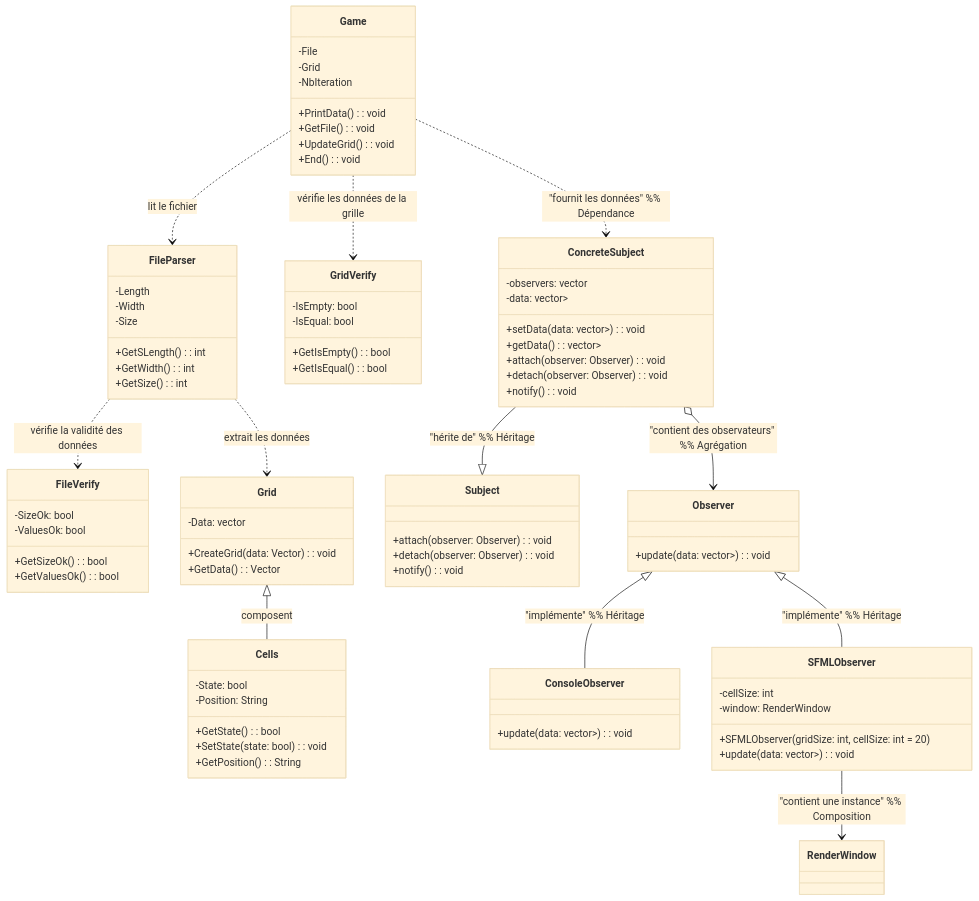
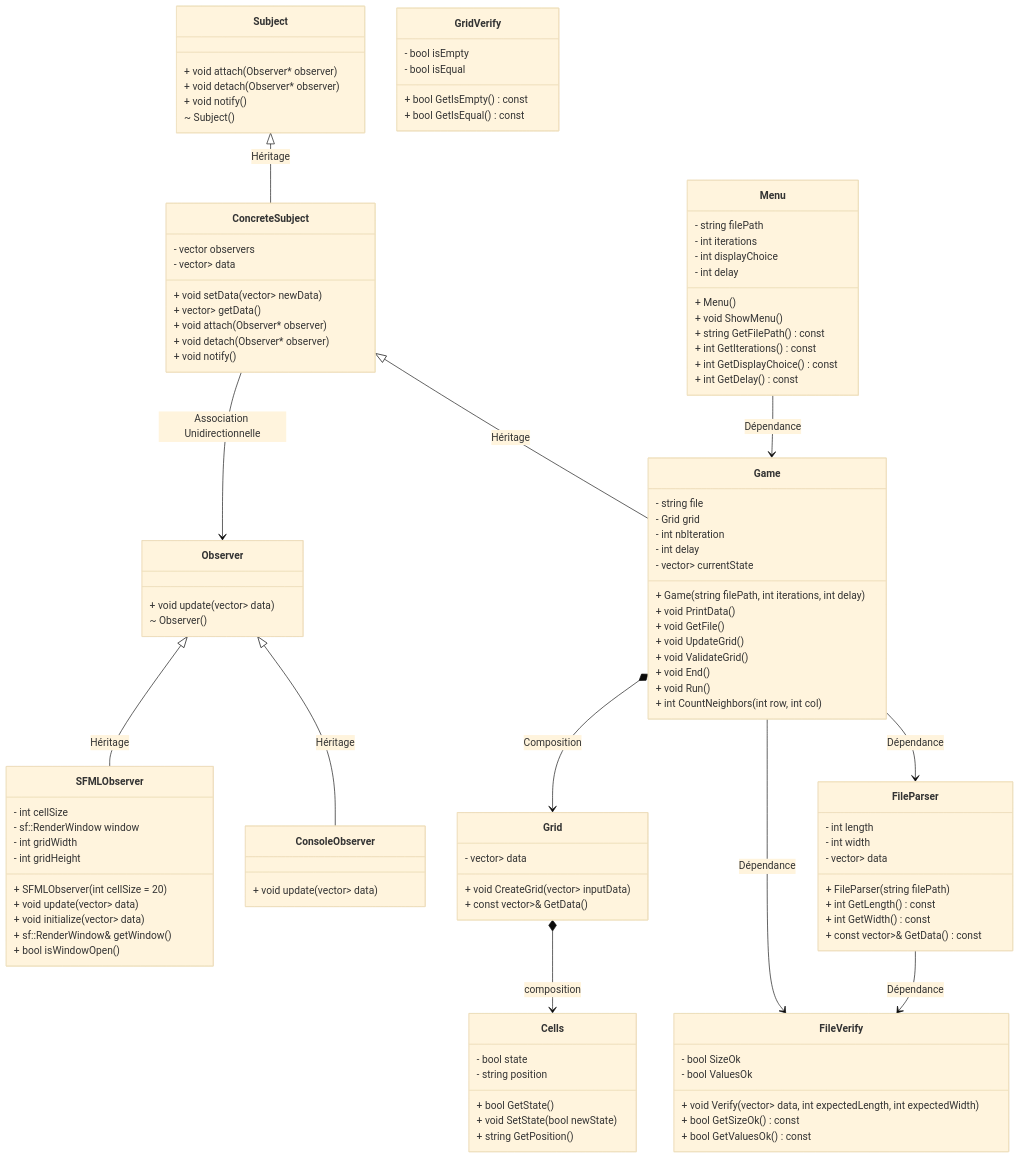
The diagram in Diagrams/ClassDiagram.mmd (Luis06000/game-of-life), drawn with Mermaid (base theme) before and after one commit. The commit also changed 1 other file, not shown here.

Commit message:
class diagram

```diff
--- a/Diagrams/ClassDiagram.mmd
+++ b/Diagrams/ClassDiagram.mmd
@@ -1,91 +1,126 @@
 classDiagram
-    class Game {
-        -File
-        -Grid
-        -NbIteration
-        +PrintData(): void
-        +GetFile(): void
-        +UpdateGrid(): void
-        +End(): void
+direction TB
+
+    %% Core Classes
+    class Cells {
+        - bool state
+        - string position
+        + bool GetState()
+        + void SetState(bool newState)
+        + string GetPosition()
     }
 
+    class Grid {
+        - vector<vector<int>> data
+        + void CreateGrid(vector<vector<int>> inputData)
+        + const vector<vector<int>>& GetData()
+    }
+
+    class Game {
+        - string file
+        - Grid grid
+        - int nbIteration
+        - int delay
+        - vector<vector<int>> currentState
+        + Game(string filePath, int iterations, int delay)
+        + void PrintData()
+        + void GetFile()
+        + void UpdateGrid()
+        + void ValidateGrid()
+        + void End()
+        + void Run()
+        + int CountNeighbors(int row, int col)
+    }
+
+    %% Observer Pattern
+    class Observer {
+        + void update(vector<vector<int>> data)
+        ~ Observer()
+    }
+
+    class Subject {
+        + void attach(Observer* observer)
+        + void detach(Observer* observer)
+        + void notify()
+        ~ Subject()
+    }
+
+    class ConcreteSubject {
+        - vector<Observer*> observers
+        - vector<vector<int>> data
+        + void setData(vector<vector<int>> newData)
+        + vector<vector<int>> getData()
+        + void attach(Observer* observer)
+        + void detach(Observer* observer)
+        + void notify()
+    }
+
+    class ConsoleObserver {
+        + void update(vector<vector<int>> data)
+    }
+
+    class SFMLObserver {
+        - int cellSize
+        - sf::RenderWindow window
+        - int gridWidth
+        - int gridHeight
+        + SFMLObserver(int cellSize = 20)
+        + void update(vector<vector<int>> data)
+        + void initialize(vector<vector<int>> data)
+        + sf::RenderWindow& getWindow()
+        + bool isWindowOpen()
+    }
+
+    %% File Handling
     class FileParser {
-        -Length
-        -Width
-        -Size
-        +GetSLength(): int
-        +GetWidth(): int
-        +GetSize(): int
+        - int length
+        - int width
+        - vector<vector<int>> data
+        + FileParser(string filePath)
+        + int GetLength() const
+        + int GetWidth() const
+        + const vector<vector<int>>& GetData() const
     }
 
     class FileVerify {
-        -SizeOk: bool
-        -ValuesOk: bool
-        +GetSizeOk(): bool
-        +GetValuesOk(): bool
+        - bool SizeOk
+        - bool ValuesOk
+        + void Verify(vector<vector<int>> data, int expectedLength, int expectedWidth)
+        + bool GetSizeOk() const
+        + bool GetValuesOk() const
     }
 
-    class Grid {
-        -Data: vector
-        +CreateGrid(data: Vector): void
-        +GetData(): Vector
+    %% Grid Validation
+    class GridVerify {
+        - bool isEmpty
+        - bool isEqual
+        + bool GetIsEmpty() const
+        + bool GetIsEqual() const
     }
 
-    class Cells {
-        -State: bool
-        -Position: String
-        +GetState(): bool
-        +SetState(state: bool): void
-        +GetPosition(): String
+    %% Menu System
+    class Menu {
+        - string filePath
+        - int iterations
+        - int displayChoice
+        - int delay
+        + Menu()
+        + void ShowMenu()
+        + string GetFilePath() const
+        + int GetIterations() const
+        + int GetDisplayChoice() const
+        + int GetDelay() const
     }
 
-    class GridVerify {
-        -IsEmpty: bool
-        -IsEqual: bool
-        +GetIsEmpty(): bool
-        +GetIsEqual(): bool
-    }
-
-    class Subject {
-        +attach(observer: Observer): void
-        +detach(observer: Observer): void
-        +notify(): void
-    }
-
-    class ConcreteSubject {
-        -observers: vector<Observer>
-        -data: vector<vector<int>>
-        +setData(data: vector<vector<int>>): void
-        +getData(): vector<vector<int>>
-        +attach(observer: Observer): void
-        +detach(observer: Observer): void
-        +notify(): void
-    }
-
-    class Observer {
-        +update(data: vector<vector<int>>): void
-    }
-
-    class ConsoleObserver {
-        +update(data: vector<vector<int>>): void
-    }
-
-    class SFMLObserver {
-        -cellSize: int
-        -window: RenderWindow
-        +SFMLObserver(gridSize: int, cellSize: int = 20)
-        +update(data: vector<vector<int>>): void
-    }
-
-    %% Relations
-    Game ..> FileParser : lit le fichier
-    FileParser ..> Grid : extrait les données
-    FileParser ..> FileVerify : vérifie la validité des données
-    Grid <|-- Cells : composent
-    Game ..> GridVerify : vérifie les données de la grille
-    Game ..> ConcreteSubject : "fournit les données" %% Dépendance
-    ConcreteSubject --|> Subject : "hérite de" %% Héritage
-    ConcreteSubject o--> Observer : "contient des observateurs" %% Agrégation
-    Observer <|-- ConsoleObserver : "implémente" %% Héritage
-    Observer <|-- SFMLObserver : "implémente" %% Héritage
-    SFMLObserver--> RenderWindow : "contient une instance" %% Composition
+    %% Relationships with proper terms
+    Subject <|-- ConcreteSubject : Héritage
+    ConcreteSubject <|-- Game : Héritage
+    Observer <|-- ConsoleObserver : Héritage
+    Observer <|-- SFMLObserver : Héritage
+    ConcreteSubject --> Observer : Association Unidirectionnelle
+    FileParser --> FileVerify : Dépendance
+    Game --> FileParser : Dépendance
+    Game --> FileVerify : Dépendance
+    Game *--> Grid : Composition
+    Grid *--> Cells : composition
+    Menu --> Game : Dépendance
```
